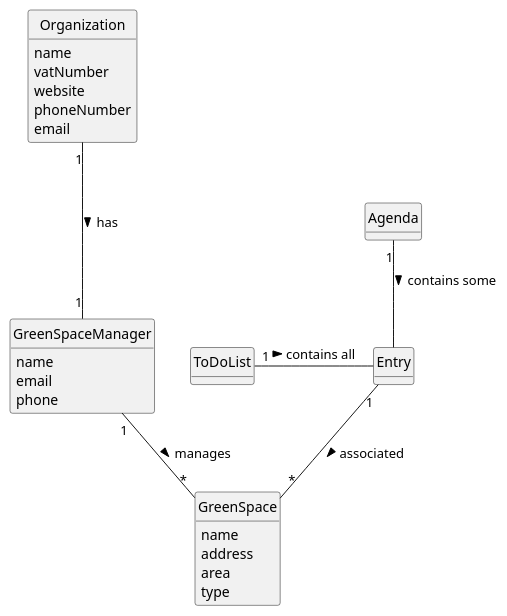
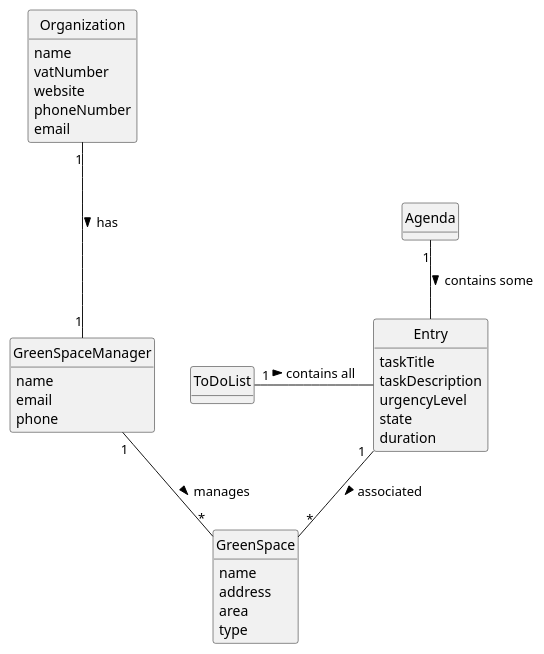
One commit to Departamento-de-Engenharia-Informatica/lei-24-s2-1dkl-g134 changed the diagram in docs/sprintC/us022/02.analysis/puml/us022-domain-model.puml. Above: the diagram before and after it, drawn with PlantUML.

Commit message:
US22- Analysis Final Update

```diff
--- a/docs/sprintC/us022/02.analysis/puml/us022-domain-model.puml
+++ b/docs/sprintC/us022/02.analysis/puml/us022-domain-model.puml
@@ -1,55 +1,59 @@
 @startuml
 skinparam monochrome true
 skinparam packageStyle rectangle
 skinparam shadowing false
 
 skinparam classAttributeIconSize 0
 
 hide circle
 hide methods
 
 
 class Organization {
     name
     vatNumber
     website
     phoneNumber
     email
 }
 
 class GreenSpace {
    name
    address
    area
    type
 }
 
 class Entry {
-
+taskTitle
+taskDescription
+urgencyLevel
+state
+duration
 }
 
 class GreenSpaceManager {
     name
     email
     phone
 }
 
 class Agenda{
 
 }
 
 class ToDoList{
 
 }
 
 
 
 
 Organization "1" --- "1" GreenSpaceManager : has >
 Entry "1" -- "*" GreenSpace: associated >
 GreenSpaceManager "1" -- "*" GreenSpace : manages >
 ToDoList "1" -  Entry : contains all >
 Agenda "1" --  Entry : contains some >
 
 
 @enduml
```
